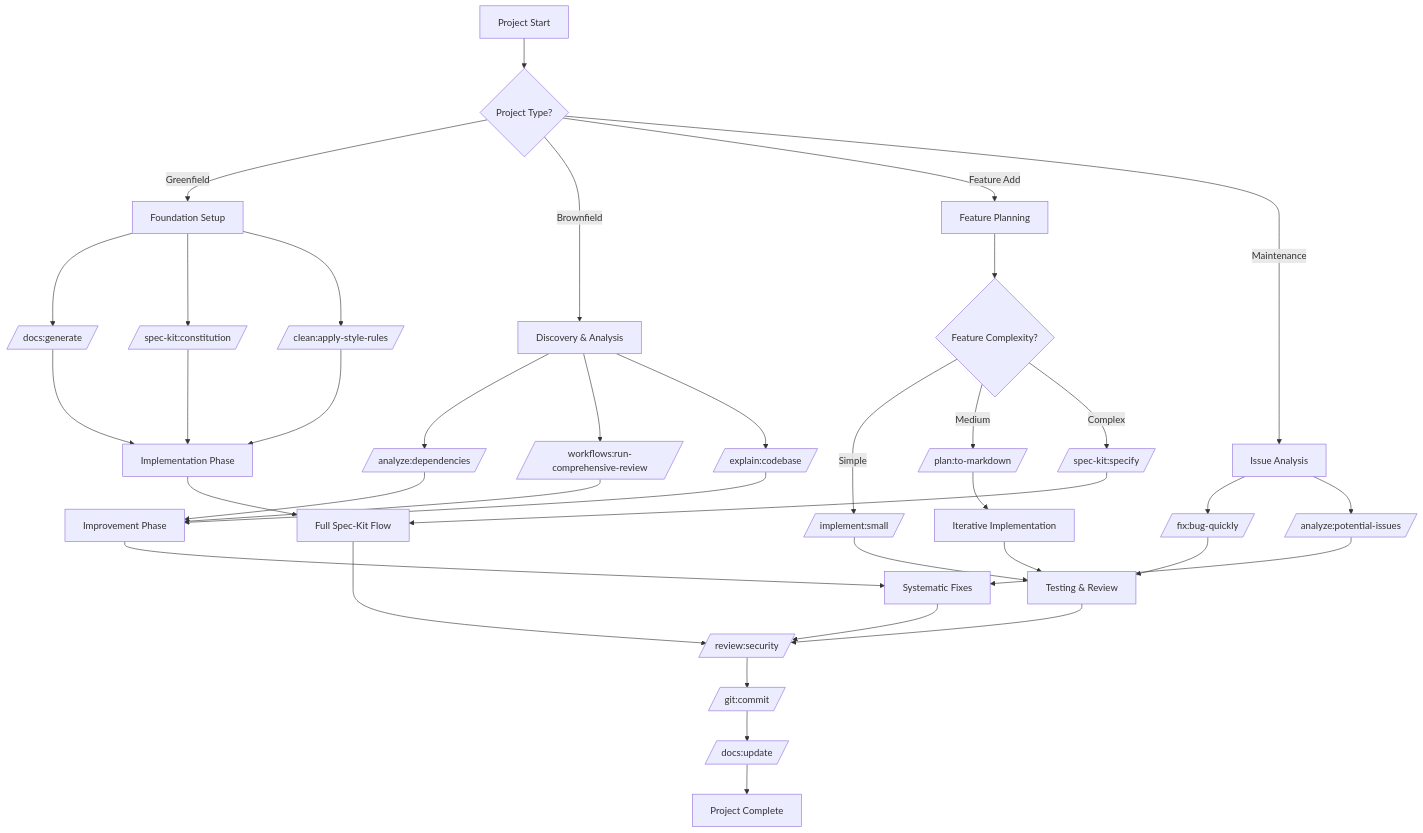
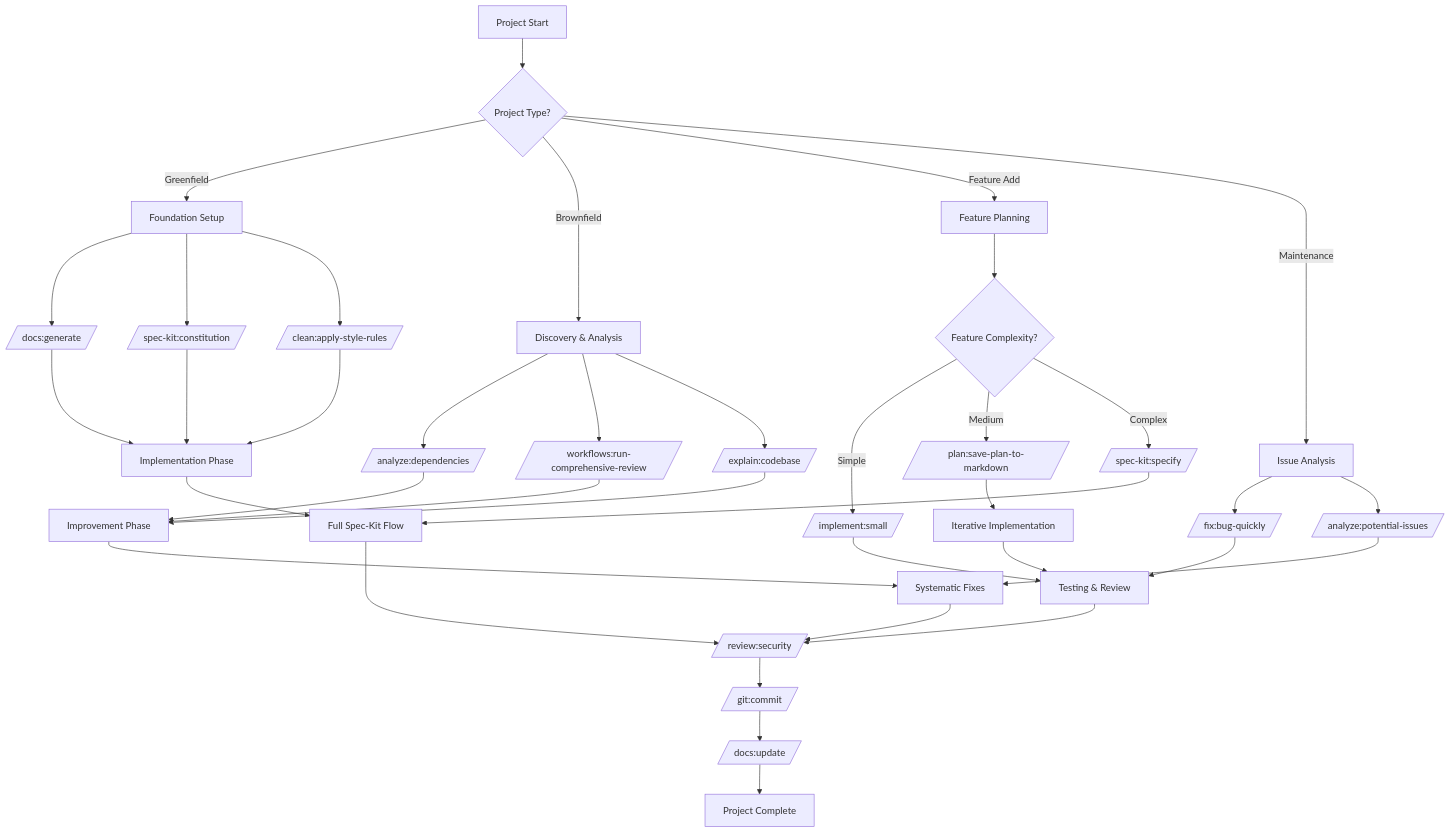
One commit to thomasholknielsen/claude-code-config changed the first of 31 diagrams in docs/developer-workflows.md. Above: the diagram before and after it, drawn with Mermaid. The commit also changed other lines of this file and 7 other files, not shown here.

````diff
--- a/docs/developer-workflows.md
+++ b/docs/developer-workflows.md
@@ -28,46 +28,46 @@
 ```mermaid
 graph TD
     A[Project Start] --> B{Project Type?}
     B -->|Greenfield| C[Foundation Setup]
     B -->|Brownfield| D[Discovery & Analysis]
     B -->|Feature Add| E[Feature Planning]
     B -->|Maintenance| F[Issue Analysis]
 
     C --> G[/docs:generate/]
     C --> H[/spec-kit:constitution/]
     C --> I[/clean:apply-style-rules/]
 
     D --> J[/analyze:dependencies/]
     D --> K[/workflows:run-comprehensive-review/]
     D --> L[/explain:codebase/]
 
     E --> M{Feature Complexity?}
     M -->|Simple| N[/implement:small/]
-    M -->|Medium| O[/plan:to-markdown/]
+    M -->|Medium| O[/plan:save-plan-to-markdown/]
     M -->|Complex| P[/spec-kit:specify/]
 
     F --> Q[/fix:bug-quickly/]
     F --> R[/analyze:potential-issues/]
 
     G --> S[Implementation Phase]
     H --> S
     I --> S
     J --> T[Improvement Phase]
     K --> T
     L --> T
     N --> U[Testing & Review]
     O --> V[Iterative Implementation]
     P --> W[Full Spec-Kit Flow]
     Q --> U
     R --> X[Systematic Fixes]
 
     S --> W
     T --> X
     V --> U
     W --> Y[/review:security/]
     X --> Y
     U --> Y
     Y --> Z[/git:commit/]
     Z --> AA[/docs:update/]
     AA --> AB[Project Complete]
 ```
````
